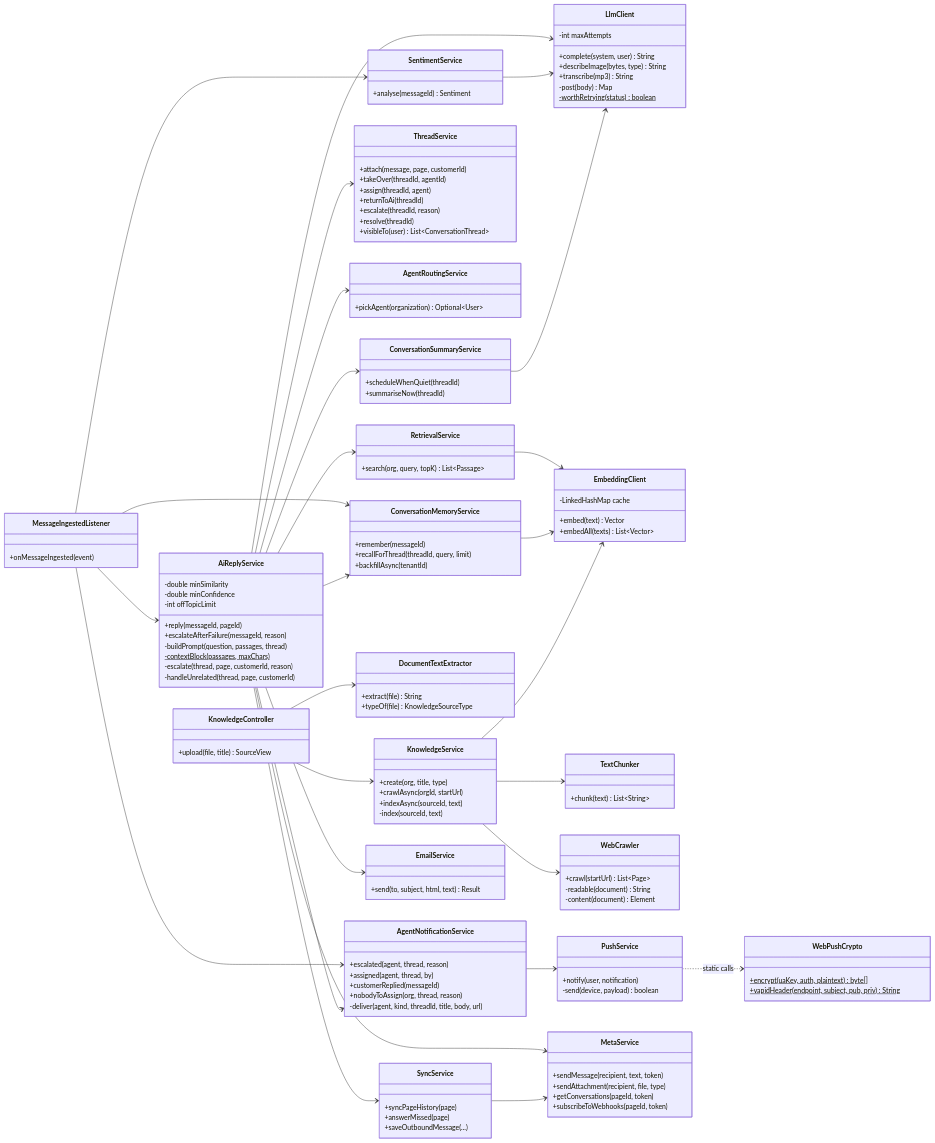
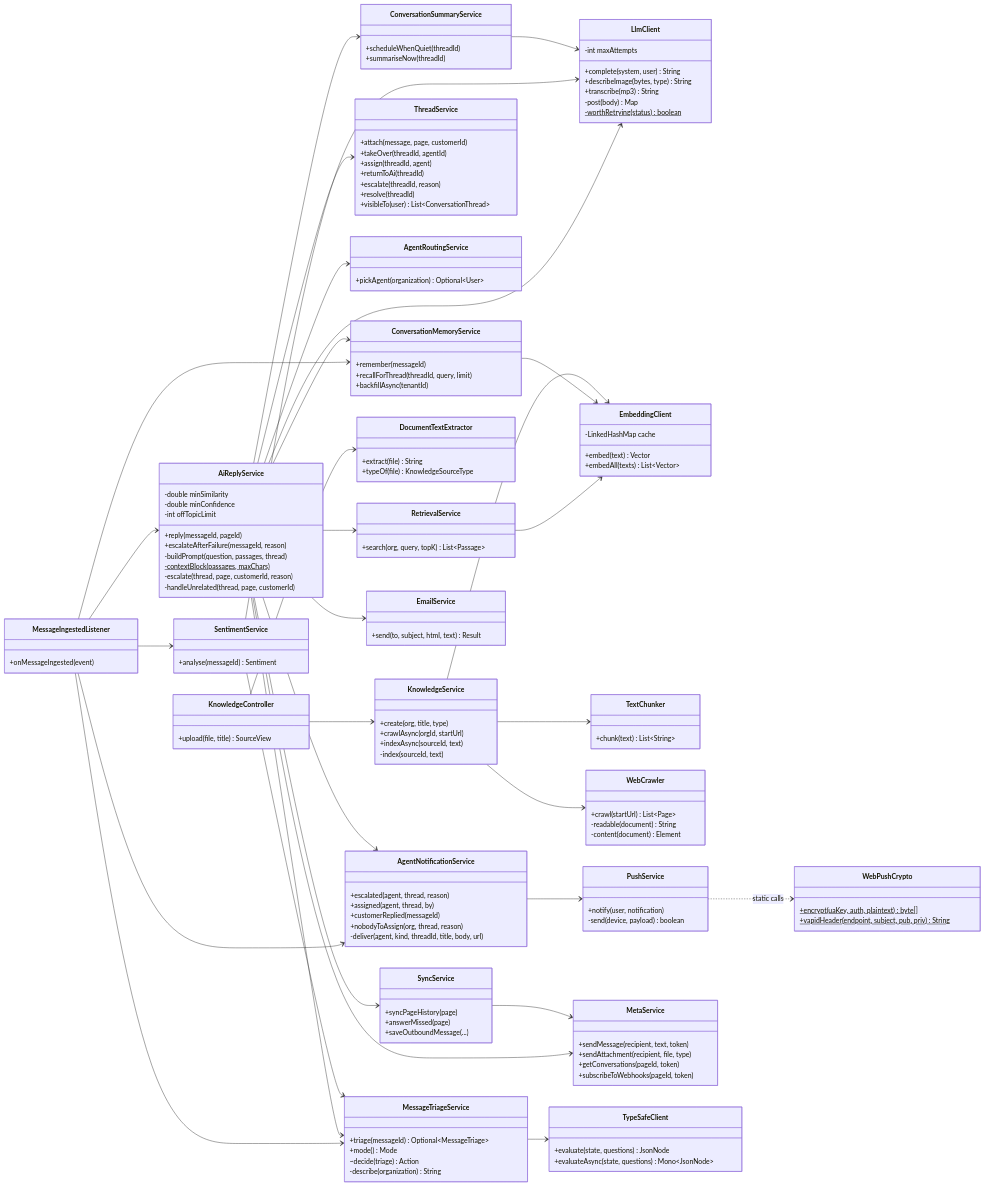
Before and after one commit to SayubShakya/eksamadhan-ai: the second of 2 diagrams in docs/system-design/new-system-design/class-diagram/README.md, drawn with Mermaid. The commit also changed other lines of this file and 38 other files, not shown here.

Commit message:
docs: updated system design diagram

```diff
--- a/docs/system-design/new-system-design/class-diagram/README.md
+++ b/docs/system-design/new-system-design/class-diagram/README.md
@@ -364,6 +381,18 @@
         +saveOutboundMessage(...)
     }
 
+    class MessageTriageService {
+        +triage(messageId) Optional~MessageTriage~
+        +mode() Mode
+        ~decide(triage) Action
+        -describe(organization) String
+    }
+
+    class TypeSafeClient {
+        +evaluate(state, questions) JsonNode
+        +evaluateAsync(state, questions) Mono~JsonNode~
+    }
+
     class MessageIngestedListener {
         +onMessageIngested(event)
     }
@@ -372,8 +401,12 @@
     MessageIngestedListener --> AiReplyService
     MessageIngestedListener --> SentimentService
     MessageIngestedListener --> ConversationMemoryService
+    MessageIngestedListener --> MessageTriageService
 
     AiReplyService --> RetrievalService
+    AiReplyService --> MessageTriageService
+    SentimentService --> MessageTriageService
+    MessageTriageService --> TypeSafeClient
     AiReplyService --> LlmClient
     AiReplyService --> ConversationMemoryService
     AiReplyService --> ThreadService
```
